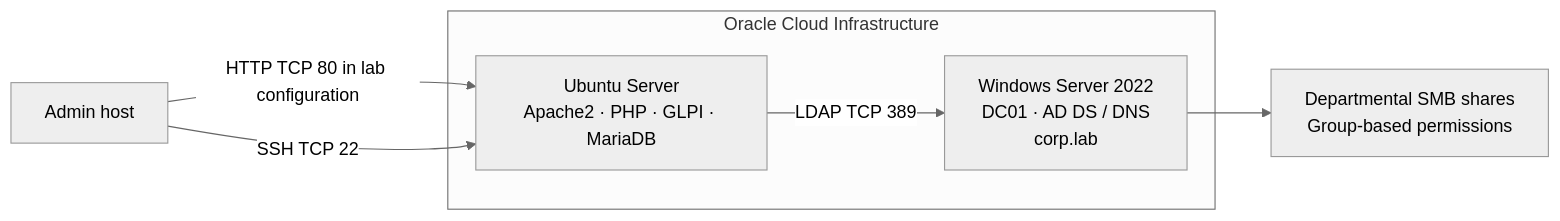
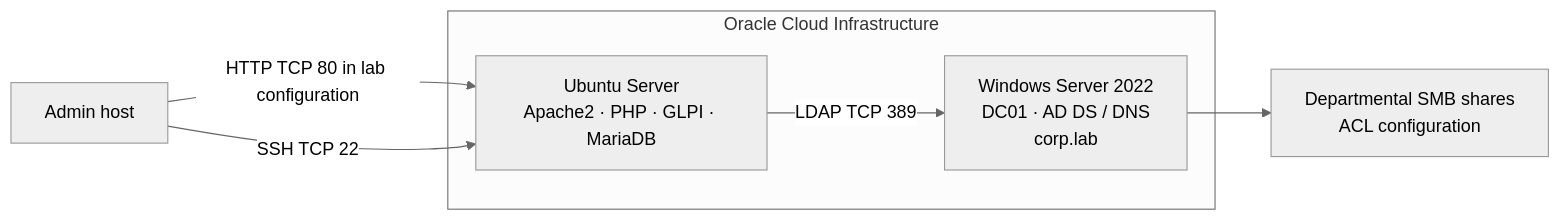
The diagram in README.md (Wilson-Nhlanhla-Radebe/corp-lab-active-directory-infrastructure), drawn with Mermaid (neutral theme) before and after one commit. The commit also changed other lines of this file and 32 other files, not shown here.

````diff
--- a/README.md
+++ b/README.md
@@ -21,11 +21,11 @@
 ```mermaid
 flowchart LR
   subgraph OCI[Oracle Cloud Infrastructure]
     DC[Windows Server 2022<br/>DC01 · AD DS / DNS<br/>corp.lab]
     UB[Ubuntu Server<br/>Apache2 · PHP · GLPI · MariaDB]
   end
   CLIENT[Admin host] -->|HTTP TCP 80 in lab configuration| UB
   CLIENT -->|SSH TCP 22| UB
   UB -->|LDAP TCP 389| DC
-  DC --> SHARES[Departmental SMB shares<br/>Group-based permissions]
+  DC --> SHARES[Departmental SMB shares<br/>ACL configuration]
 ```
````
